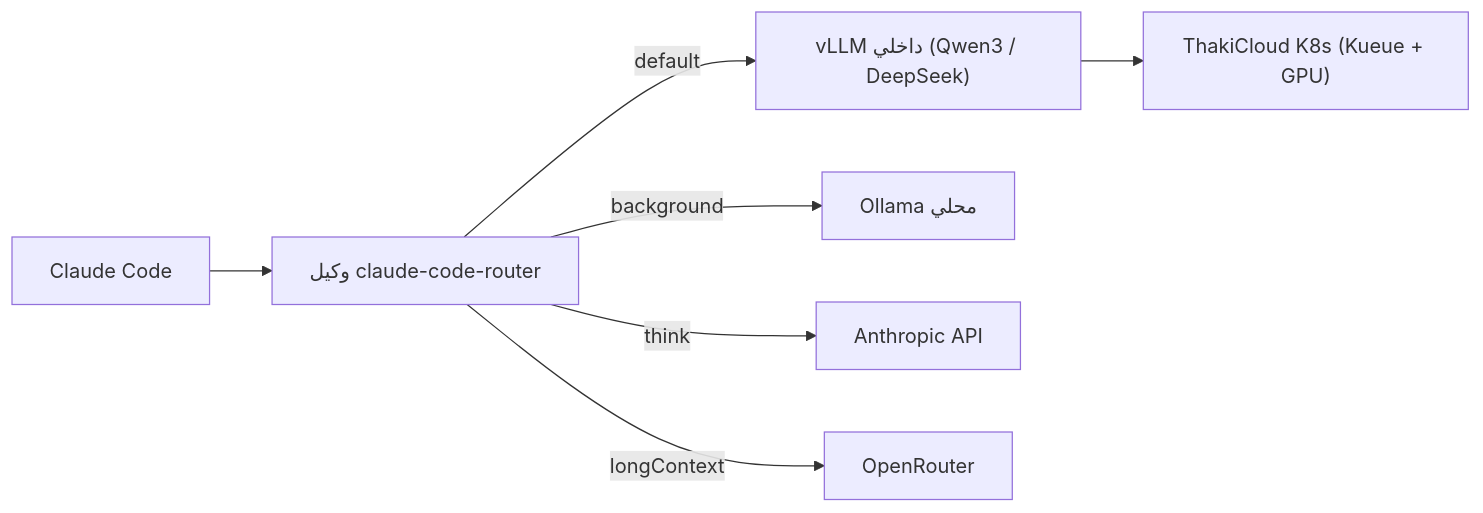
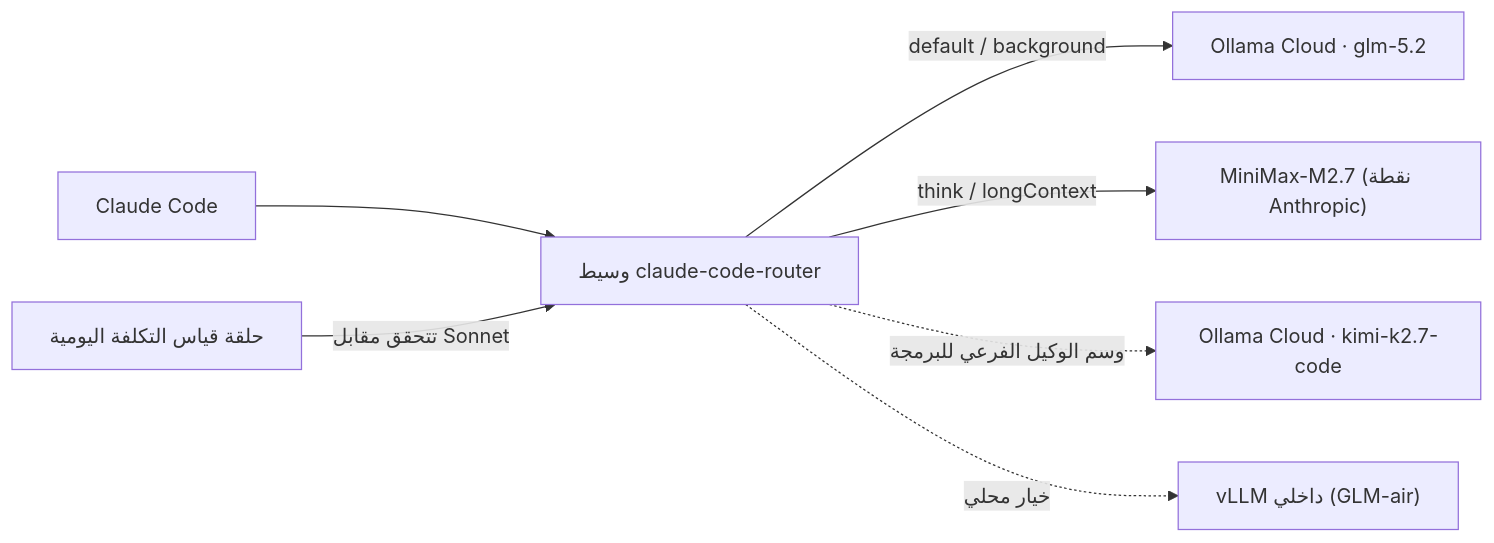
One commit to ThakiCloud/thakicloud.github.io changed the diagram in _posts/ar/llmops/2026-06-24-claude-code-router-onprem-routing.md. Above: the diagram before and after it, drawn with Mermaid. The commit also changed other lines of this file and 2 other files, not shown here.

First line of the commit message:
docs(llmops): rewrite CCR routing post with verified 3-model setup + cost loop

````diff
--- a/_posts/ar/llmops/2026-06-24-claude-code-router-onprem-routing.md
+++ b/_posts/ar/llmops/2026-06-24-claude-code-router-onprem-routing.md
@@ -28,9 +26,9 @@
 ```mermaid
 flowchart LR
-    CC["Claude Code"] --> CCR["وكيل claude-code-router"]
-    CCR -->|default| VLLM["vLLM داخلي (Qwen3 / DeepSeek)"]
-    CCR -->|background| OLLAMA["Ollama محلي"]
-    CCR -->|think| ANTH["Anthropic API"]
-    CCR -->|longContext| OR["OpenRouter"]
-    VLLM --> K8S["ThakiCloud K8s (Kueue + GPU)"]
+    CC["Claude Code"] --> CCR["وسيط claude-code-router"]
+    CCR -->|default / background| GLM["Ollama Cloud · glm-5.2"]
+    CCR -->|think / longContext| MM["MiniMax-M2.7 (نقطة Anthropic)"]
+    CCR -.->|وسم الوكيل الفرعي للبرمجة| KIMI["Ollama Cloud · kimi-k2.7-code"]
+    CCR -.->|خيار محلي| VLLM["vLLM داخلي (GLM-air)"]
+    AUDIT["حلقة قياس التكلفة اليومية"] -->|تتحقق مقابل Sonnet| CCR
 ```
````
